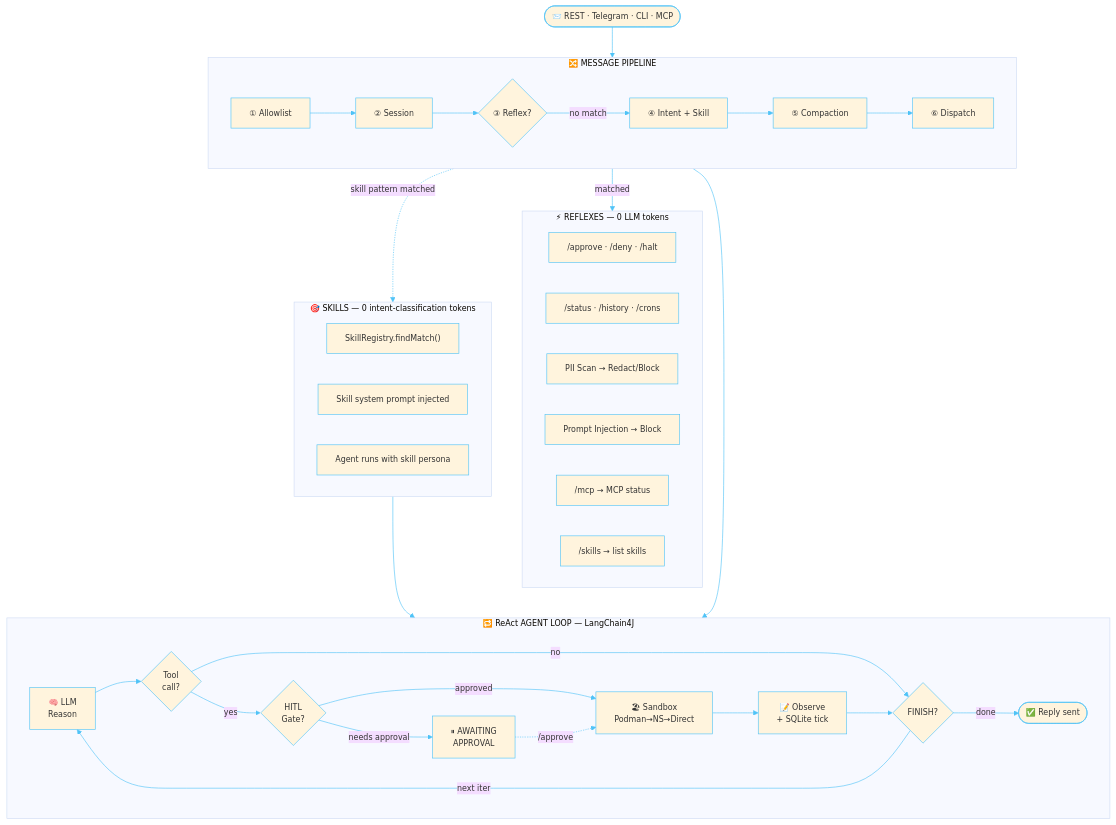
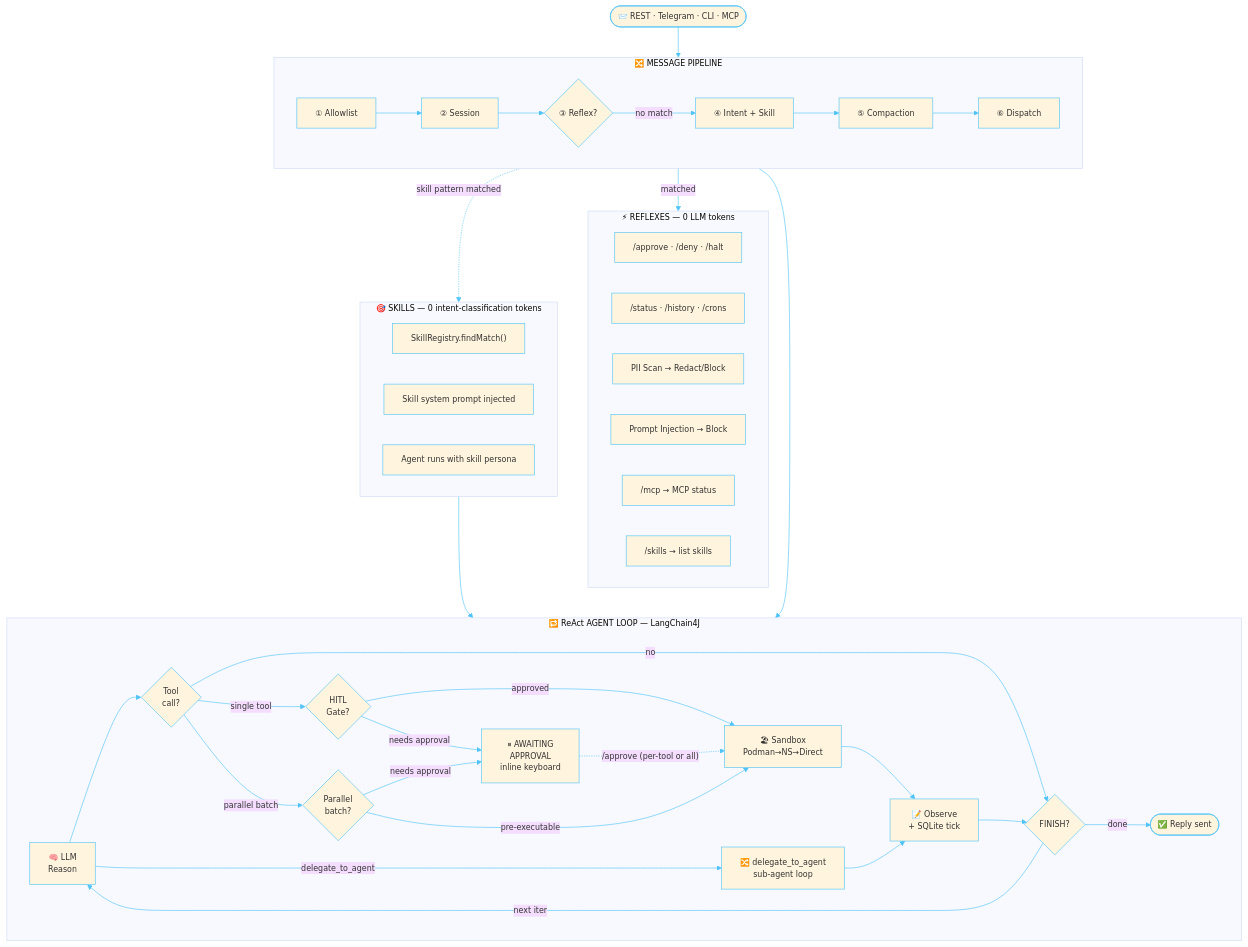
One commit to rsrini7/AmshaAgent changed the first of 8 diagrams in README.md. Above: the diagram before and after it, drawn with Mermaid. The commit also changed other lines of this file and 4 other files, not shown here.

````diff
--- a/README.md
+++ b/README.md
@@ -73,63 +78,70 @@
 ```mermaid
 %%{init: {'theme': 'base', 'themeVariables': {'primaryBorderColor': '#4fc3f7', 'lineColor': '#4fc3f7', 'activationBorderColor': '#4fc3f7', 'actorBorder': '#4fc3f7', 'actorLineColor': '#4fc3f7','labelBoxBorderColor': '#0b0c0cff', 'noteBorderColor': '#81c784', 'fontSize': '13px'}}}%%
 flowchart TD
 
     IN(["📨 REST · Telegram · CLI · MCP"]):::entry
 
     subgraph PIPELINE["🔀 MESSAGE PIPELINE"]
         direction LR
         P1["① Allowlist"]:::handler
         P2["② Session"]:::handler
         P3{"③ Reflex?"}:::decision
         P4["④ Intent + Skill"]:::handler
         P5["⑤ Compaction"]:::handler
         P6["⑥ Dispatch"]:::handler
     end
 
     subgraph REFLEXES["⚡ REFLEXES — 0 LLM tokens"]
         direction LR
         R1["/approve · /deny · /halt"]:::reflexOut
         R2["/status · /history · /crons"]:::reflexOut
         R3["PII Scan → Redact/Block"]:::reflexOut
         R4["Prompt Injection → Block"]:::reflexOut
         R5["/mcp → MCP status"]:::reflexOut
         R6["/skills → list skills"]:::reflexOut
     end
 
     subgraph SKILLS["🎯 SKILLS — 0 intent-classification tokens"]
         direction LR
         S1["SkillRegistry.findMatch()"]:::skillOut
         S2["Skill system prompt injected"]:::skillOut
         S3["Agent runs with skill persona"]:::skillOut
     end
 
     subgraph REACT["🔁 ReAct AGENT LOOP — LangChain4J"]
         direction LR
         L1["🧠 LLM<br/>Reason"]:::loop
         L2{"Tool<br/>call?"}:::decision
+        L2P{"Parallel<br/>batch?"}:::decision
         L3{"HITL<br/>Gate?"}:::decision
-        L4["⏸ AWAITING<br/>APPROVAL"]:::approval
+        L4["⏸ AWAITING<br/>APPROVAL<br/>inline keyboard"]:::approval
         L5["🏖 Sandbox<br/>Podman→NS→Direct"]:::sandbox
         L6["📝 Observe<br/>+ SQLite tick"]:::loop
         L7{"FINISH?"}:::decision
         L8(["✅ Reply sent"]):::result
+        LD["🔀 delegate_to_agent<br/>sub-agent loop"]:::loop
     end
 
     IN --> PIPELINE
     P1 --> P2 --> P3
     P3 -->|"matched"| REFLEXES
     P3 -->|"no match"| P4 --> P5 --> P6
 
     P4 -.->|"skill pattern matched"| SKILLS
     SKILLS --> REACT
     P6 --> REACT
     L1 --> L2
     L2 -->|"no"| L7
-    L2 -->|"yes"| L3
+    L2 -->|"single tool"| L3
+    L2 -->|"parallel batch"| L2P
+    L2P -->|"needs approval"| L4
+    L2P -->|"pre-executable"| L5
     L3 -->|"approved"| L5
     L3 -->|"needs approval"| L4
-    L4 -.->|"/approve"| L5
+    L4 -.->|"/approve (per-tool or all)"| L5
     L5 --> L6 --> L7
     L7 -->|"next iter"| L1
     L7 -->|"done"| L8
+    L1 -->|"delegate_to_agent"| LD
+    LD --> L6
 ```
````
